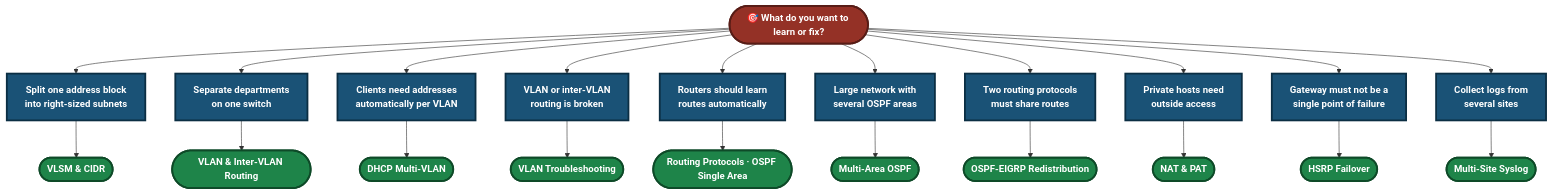
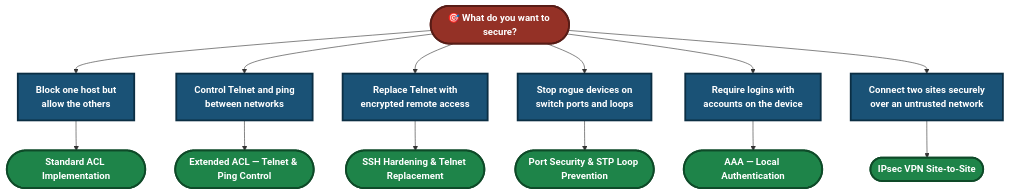
Before and after one commit to malaika-azhar/Cisco-Networking-Lab-Portfolio: the second of 6 diagrams in 01-Networking/README.md, drawn with Mermaid. The commit also changed other lines of this file, not shown here.

````diff
--- a/01-Networking/README.md
+++ b/01-Networking/README.md
@@ -212,28 +205,20 @@
 ```mermaid
 flowchart TD
-    Start(["🎯 What do you want to learn or fix?"]):::start
-    Start --> A["Split one address block<br/>into right-sized subnets"]:::q
-    Start --> B["Separate departments<br/>on one switch"]:::q
-    Start --> C["Clients need addresses<br/>automatically per VLAN"]:::q
-    Start --> D["VLAN or inter-VLAN<br/>routing is broken"]:::q
-    Start --> E["Routers should learn<br/>routes automatically"]:::q
-    Start --> F["Large network with<br/>several OSPF areas"]:::q
-    Start --> G["Two routing protocols<br/>must share routes"]:::q
-    Start --> H["Private hosts need<br/>outside access"]:::q
-    Start --> I["Gateway must not be a<br/>single point of failure"]:::q
-    Start --> J["Collect logs from<br/>several sites"]:::q
-    A --> S1(["VLSM & CIDR"]):::s
-    B --> S2(["VLAN & Inter-VLAN Routing"]):::s
-    C --> S3(["DHCP Multi-VLAN"]):::s
-    D --> S4(["VLAN Troubleshooting"]):::s
-    E --> S5(["Routing Protocols · OSPF Single Area"]):::s
-    F --> S6(["Multi-Area OSPF"]):::s
-    G --> S7(["OSPF-EIGRP Redistribution"]):::s
-    H --> S8(["NAT & PAT"]):::s
-    I --> S9(["HSRP Failover"]):::s
-    J --> S10(["Multi-Site Syslog"]):::s
+    Start(["🎯 What do you want to secure?"]):::start
+    Start --> A["Block one host but<br/>allow the others"]:::q
+    Start --> B["Control Telnet and ping<br/>between networks"]:::q
+    Start --> C["Replace Telnet with<br/>encrypted remote access"]:::q
+    Start --> D["Stop rogue devices on<br/>switch ports and loops"]:::q
+    Start --> E["Require logins with<br/>accounts on the device"]:::q
+    Start --> F["Connect two sites securely<br/>over an untrusted network"]:::q
+    A --> S1(["Standard ACL Implementation"]):::s
+    B --> S2(["Extended ACL — Telnet & Ping Control"]):::s
+    C --> S3(["SSH Hardening & Telnet Replacement"]):::s
+    D --> S4(["Port Security & STP Loop Prevention"]):::s
+    E --> S5(["AAA — Local Authentication"]):::s
+    F --> S6(["IPsec VPN Site-to-Site"]):::s
 
     classDef start fill:#943126,stroke:#571C16,stroke-width:3px,color:#FFFFFF,font-weight:bold
     classDef q fill:#1A5276,stroke:#0B2E43,stroke-width:3px,color:#FFFFFF,font-weight:bold
     classDef s fill:#1E8449,stroke:#0E4A28,stroke-width:3px,color:#FFFFFF,font-weight:bold
 ```
````
